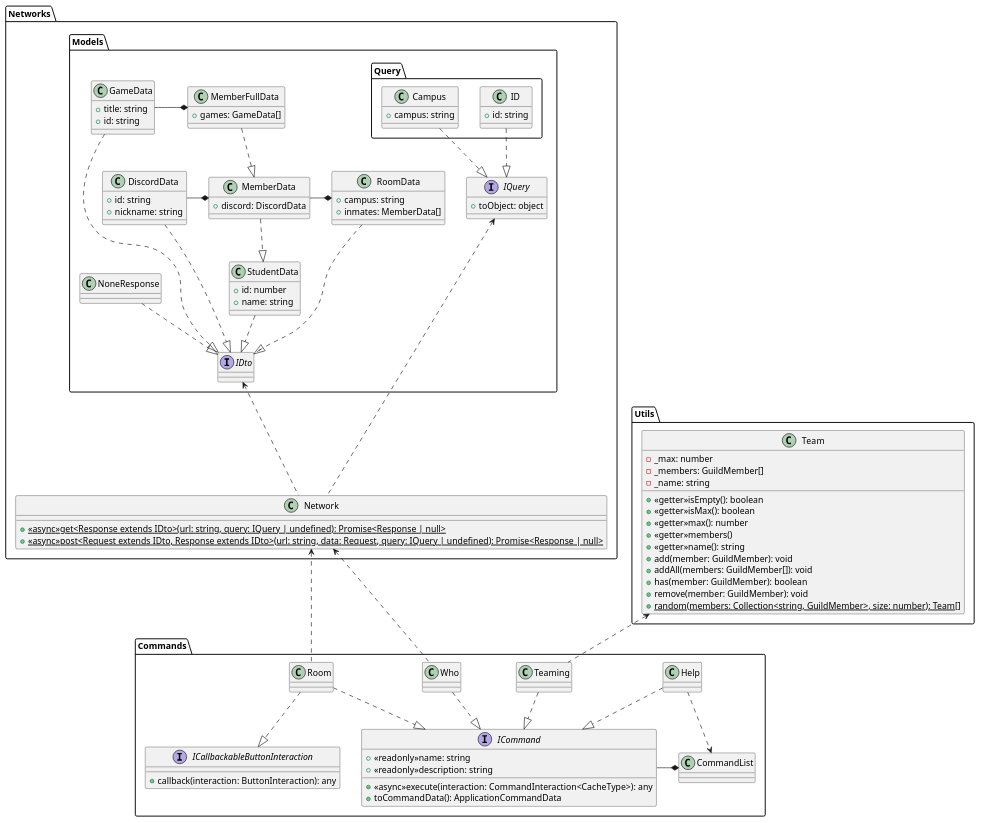
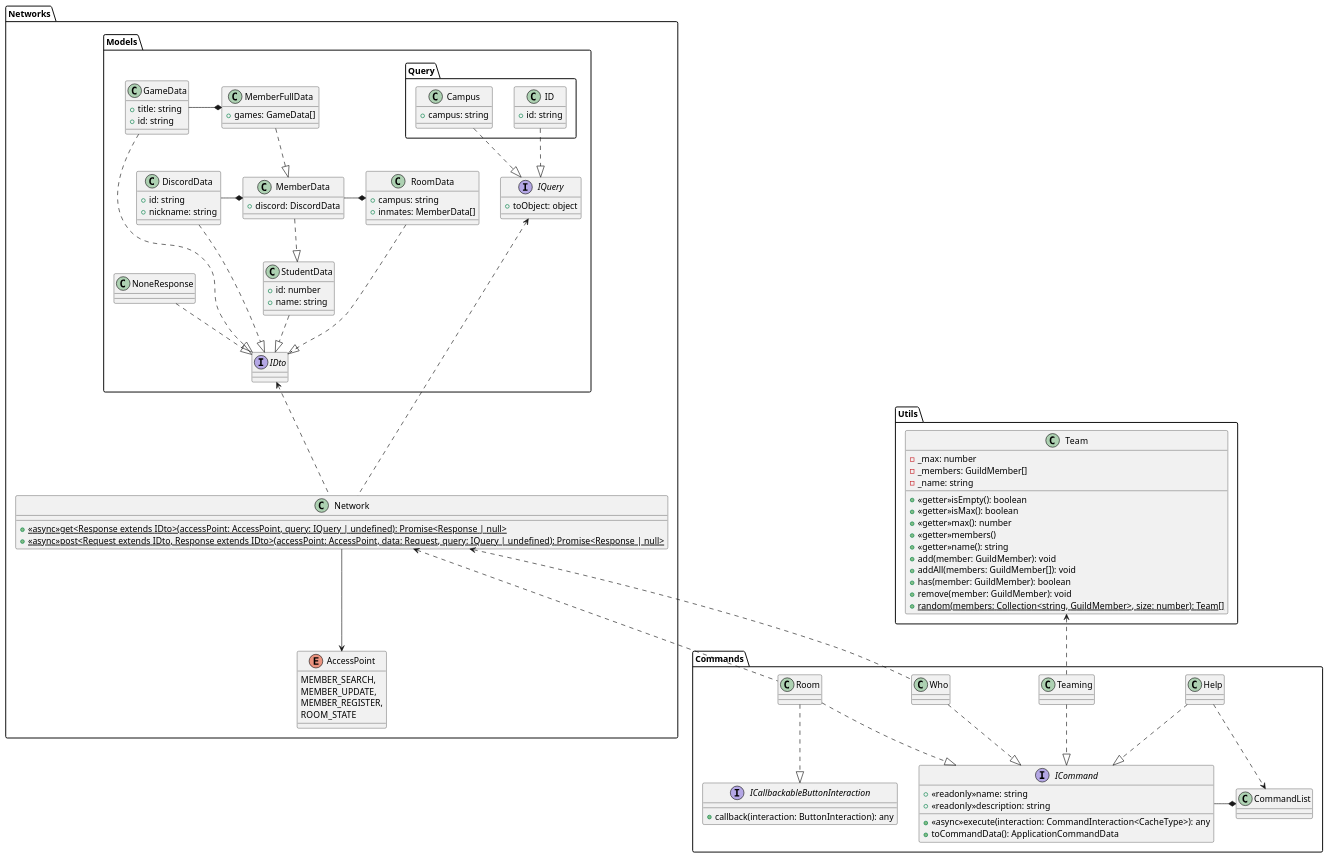
Before and after one commit to nmskm240/Discord-bot: the diagram in umls/classDiaglam.pu, drawn with PlantUML. The commit also changed 8 other files, not shown here.

```diff
--- a/umls/classDiaglam.pu
+++ b/umls/classDiaglam.pu
@@ -1,139 +1,149 @@
 @startuml Discord-bot
 
 package Commands
 {
     interface ICommand
     {
         +<<readonly>>name: string
         +<<readonly>>description: string
         +<<async>>execute(interaction: CommandInteraction<CacheType>): any
         +toCommandData(): ApplicationCommandData
     }
     interface ICallbackableButtonInteraction
     {
         +callback(interaction: ButtonInteraction): any
     }
     class CommandList
     class Help
     class Room
     class Teaming
     class Who
 }
 
 package Networks
 {
     package Models
     {
         package Query
         {
             class ID
             {
                 +id: string
             }
 
             class Campus 
             {
                 +campus: string
             }
         }
 
         class RoomData
         {
             +campus: string
             +inmates: MemberData[]
         }
 
         class DiscordData
         {
             +id: string
             +nickname: string
         }
 
         class GameData
         {
             +title: string
             +id: string
         }
 
         class MemberData
         {
             +discord: DiscordData
         }
 
         class MemberFullData
         {
             +games: GameData[]
         }
 
         class StudentData 
         {
             +id: number
             +name: string
         }
 
         class NoneResponse
         interface IDto
         interface IQuery
         {
             +toObject: object
         }
     }
 
+    enum AccessPoint
+    {
+        MEMBER_SEARCH,
+        MEMBER_UPDATE,
+        MEMBER_REGISTER,
+        ROOM_STATE
+    }
+
     class Network
     {
-        +<<async>>{static}get<Response extends IDto>(url: string, query: IQuery | undefined): Promise<Response | null>
-        +<<async>>{static}post<Request extends IDto, Response extends IDto>(url: string, data: Request, query: IQuery | undefined): Promise<Response | null>
+        +<<async>>{static}get<Response extends IDto>(accessPoint: AccessPoint, query: IQuery | undefined): Promise<Response | null>
+        +<<async>>{static}post<Request extends IDto, Response extends IDto>(accessPoint: AccessPoint, data: Request, query: IQuery | undefined): Promise<Response | null>
     }
 }
 
 package Utils
 {
     class Team
     {
         -_max: number
         -_members: GuildMember[]
         -_name: string
         +<<getter>>isEmpty(): boolean
         +<<getter>>isMax(): boolean
         +<<getter>>max(): number
         +<<getter>>members()
         +<<getter>>name(): string
         +add(member: GuildMember): void
         +addAll(members: GuildMember[]): void
         +has(member: GuildMember): boolean
         +remove(member: GuildMember): void
         +{static}random(members: Collection<string, GuildMember>, size: number): Team[]
     }
 }
 
 Help ..|> ICommand
 Room ..|> ICommand
 Teaming ..|> ICommand
 Who ..|> ICommand
 
 RoomData ..|> IDto
 DiscordData ..|> IDto
 GameData ..|> IDto
 StudentData ..|> IDto
 NoneResponse ..|> IDto
 MemberData ..|> StudentData
 MemberFullData ..|> MemberData
 
 Room ..|> ICallbackableButtonInteraction
 
 Campus ..|> IQuery
 ID ..|> IQuery
 
 ICommand -* CommandList
 DiscordData -* MemberData
 GameData -* MemberFullData
 MemberData -* RoomData
 
 Help ..> CommandList
 Teaming .up.> Team
 Room .up.> Network
 Who .up.> Network
 Network .up.> IQuery
 Network .up.> IDto
 
+Network --> AccessPoint
+
 @enduml
```
